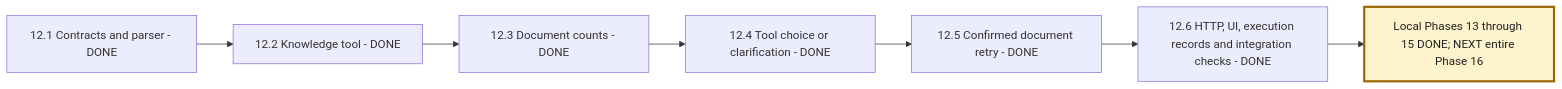
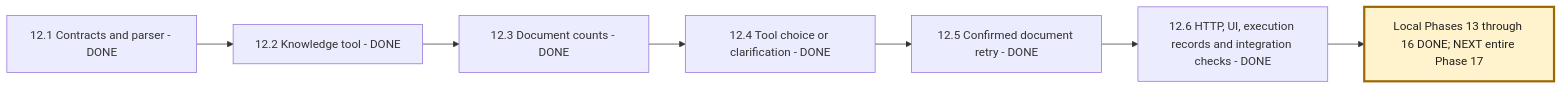
Before and after one commit to msdian0007/nexaAi: the fourth of 7 diagrams in NEXAAI_ROADMAP.md, drawn with Mermaid. The commit also changed other lines of this file and 6 other files, not shown here.

````diff
--- a/NEXAAI_ROADMAP.md
+++ b/NEXAAI_ROADMAP.md
@@ -330,10 +339,10 @@
 ```mermaid
 flowchart LR
     A[12.1 Contracts and parser - DONE] --> B[12.2 Knowledge tool - DONE]
     B --> C[12.3 Document counts - DONE]
     C --> D[12.4 Tool choice or clarification - DONE]
     D --> E[12.5 Confirmed document retry - DONE]
     E --> F[12.6 HTTP, UI, execution records and integration checks - DONE]
-    F --> G[Local Phases 13 through 15 DONE; NEXT entire Phase 16]
+    F --> G[Local Phases 13 through 16 DONE; NEXT entire Phase 17]
     style G fill:#fff3cd,stroke:#9a6700,stroke-width:3px,color:#222
 ```
````
